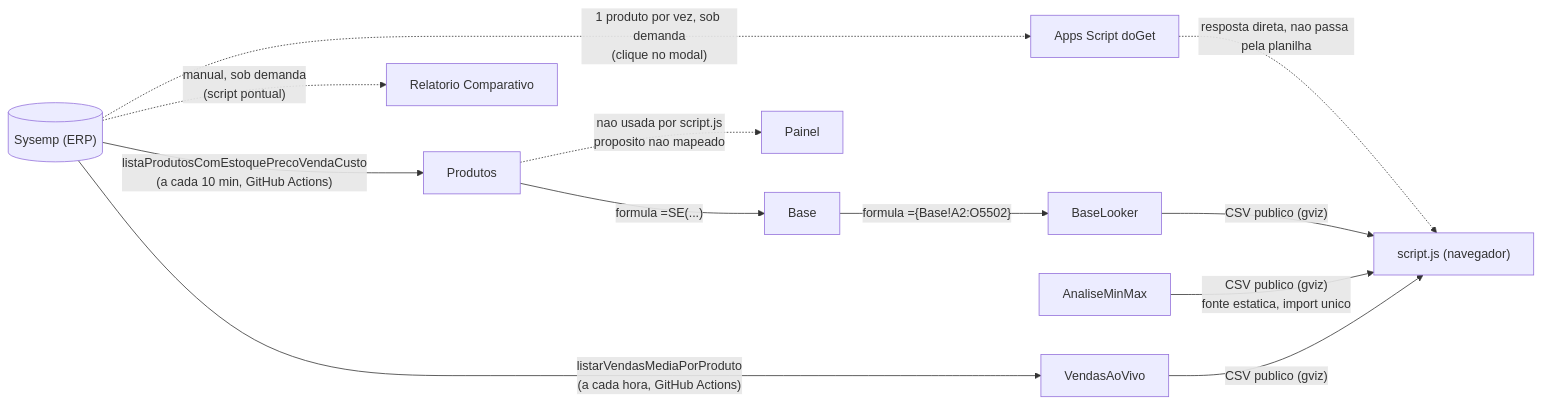
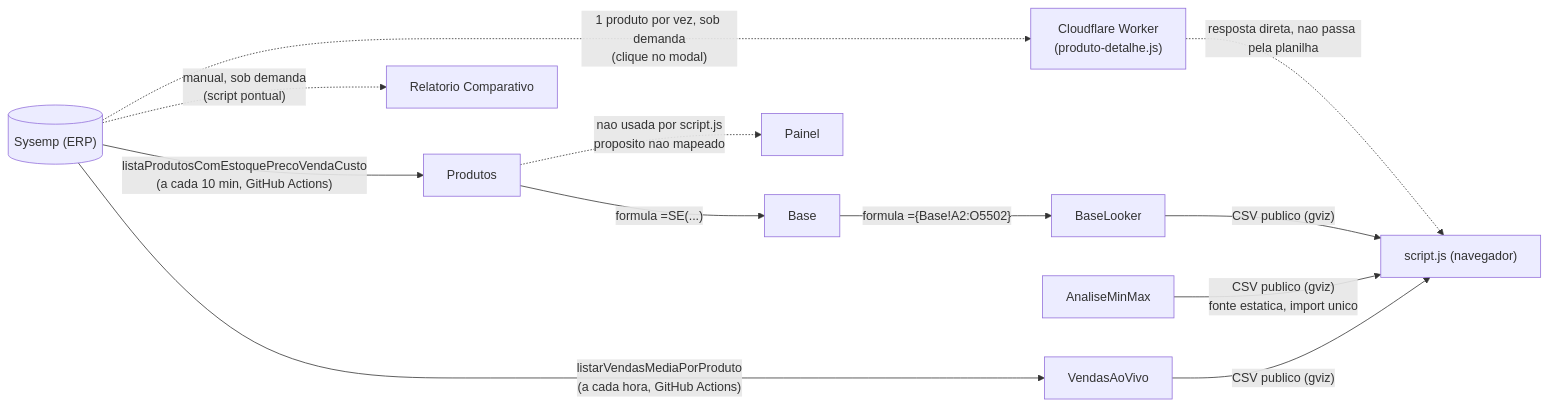
One commit to es813636-dot/painel-bradisfer changed the diagram in LINHAGEM-DE-DADOS.md. Above: the diagram before and after it, drawn with Mermaid. The commit also changed other lines of this file and 1 other file, not shown here.

First line of the commit message:
Documenta migracao para Cloudflare Worker (CONTEXTO.md + LINHAGEM-DE-DADOS.md)

````diff
--- a/LINHAGEM-DE-DADOS.md
+++ b/LINHAGEM-DE-DADOS.md
@@ -9,25 +9,25 @@
 ```mermaid
 flowchart LR
     SYS[("Sysemp (ERP)")]
     PROD[Produtos]
     BASE[Base]
     BL[BaseLooker]
     AMM[AnaliseMinMax]
     VAV[VendasAoVivo]
     PAINEL[Painel]
     REL["Relatorio Comparativo"]
     JS["script.js (navegador)"]
-    APPS["Apps Script doGet"]
+    CFW["Cloudflare Worker\n(produto-detalhe.js)"]
 
     SYS -- "listaProdutosComEstoquePrecoVendaCusto\n(a cada 10 min, GitHub Actions)" --> PROD
     PROD -- "formula =SE(...)" --> BASE
     BASE -- "formula ={Base!A2:O5502}" --> BL
     SYS -- "listarVendasMediaPorProduto\n(a cada hora, GitHub Actions)" --> VAV
-    SYS -. "1 produto por vez, sob demanda\n(clique no modal)" .-> APPS
-    APPS -. resposta direta, nao passa pela planilha .-> JS
+    SYS -. "1 produto por vez, sob demanda\n(clique no modal)" .-> CFW
+    CFW -. resposta direta, nao passa pela planilha .-> JS
     BL -- "CSV publico (gviz)" --> JS
     AMM -- "CSV publico (gviz)\nfonte estatica, import unico" --> JS
     VAV -- "CSV publico (gviz)" --> JS
     SYS -. "manual, sob demanda\n(script pontual)" .-> REL
     PROD -.->|"nao usada por script.js\nproposito nao mapeado"| PAINEL
 ```
````
